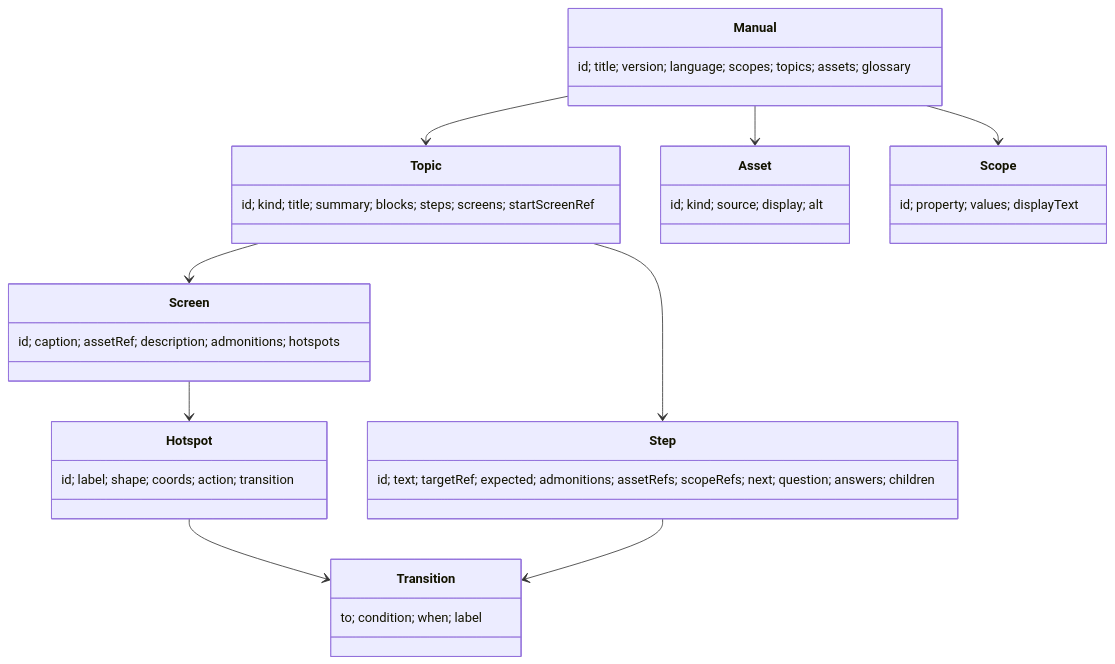
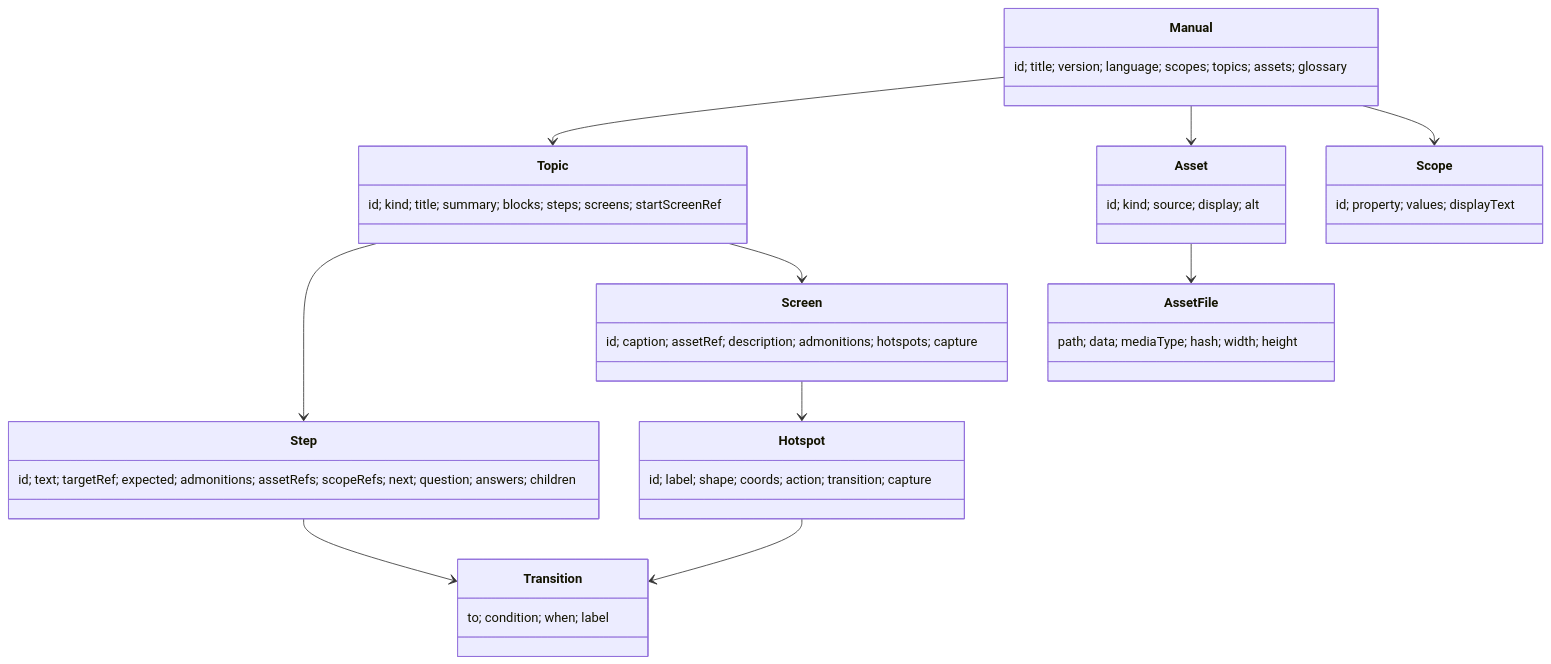
One commit to shuji-bonji/experiential-manual-model changed the diagram in README.md. Above: the diagram before and after it, drawn with Mermaid. The commit also changed other lines of this file and 9 other files, not shown here.

First line of the commit message:
feat: 0.2.0 — AssetFile の path / data の分離と width / height、Screen.capture・Hotspot.capture・Admonition.title を足しました

````diff
--- a/README.md
+++ b/README.md
@@ -20,19 +20,21 @@
 ```mermaid
 classDiagram
   class Manual { id; title; version; language; scopes; topics; assets; glossary }
   class Topic { id; kind; title; summary; blocks; steps; screens; startScreenRef }
   class Step { id; text; targetRef; expected; admonitions; assetRefs; scopeRefs; next; question; answers; children }
-  class Screen { id; caption; assetRef; description; admonitions; hotspots }
-  class Hotspot { id; label; shape; coords; action; transition }
+  class Screen { id; caption; assetRef; description; admonitions; hotspots; capture }
+  class Hotspot { id; label; shape; coords; action; transition; capture }
   class Transition { to; condition; when; label }
   class Asset { id; kind; source; display; alt }
+  class AssetFile { path; data; mediaType; hash; width; height }
   class Scope { id; property; values; displayText }
   Manual --> Topic
   Manual --> Asset
+  Asset --> AssetFile
   Manual --> Scope
   Topic --> Step
   Topic --> Screen
   Screen --> Hotspot
   Hotspot --> Transition
   Step --> Transition
 ```
````
